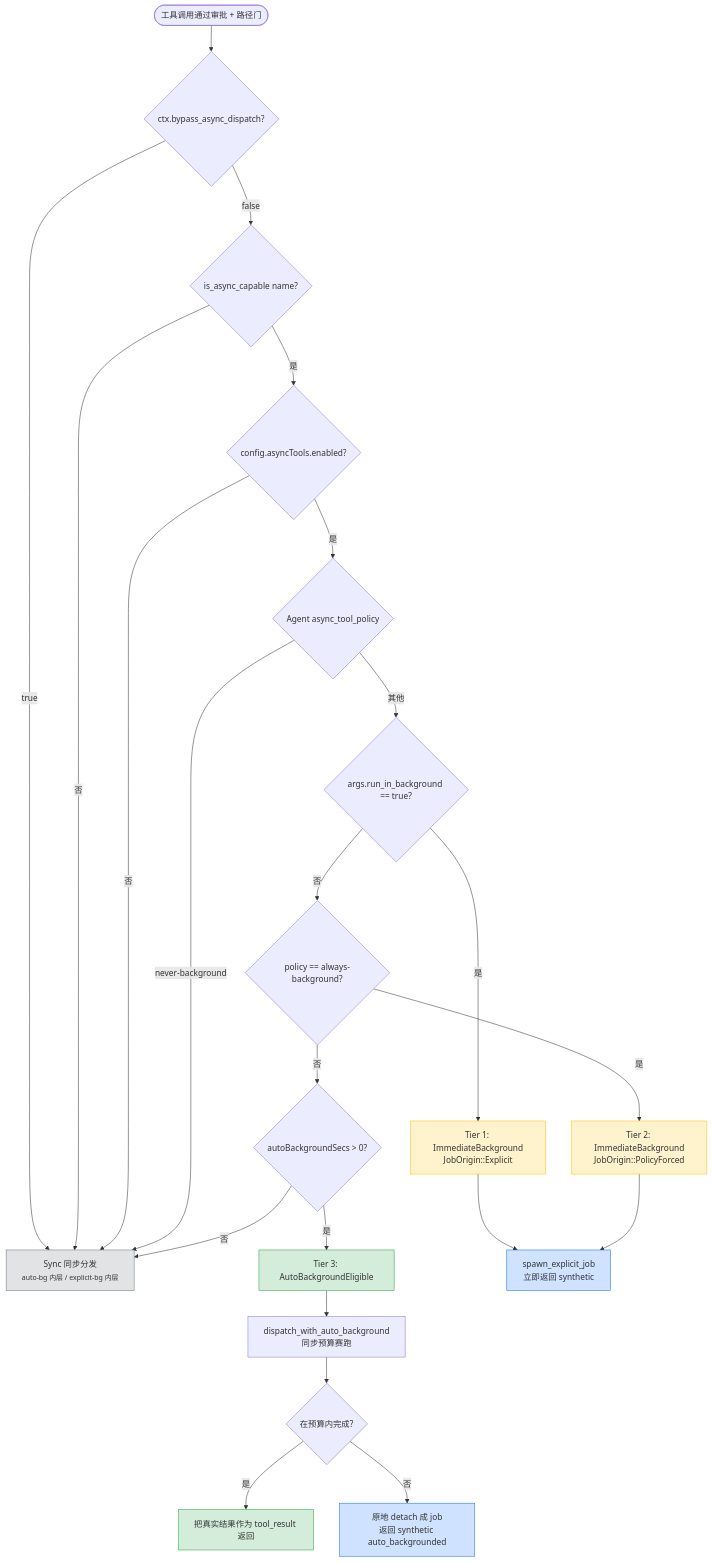
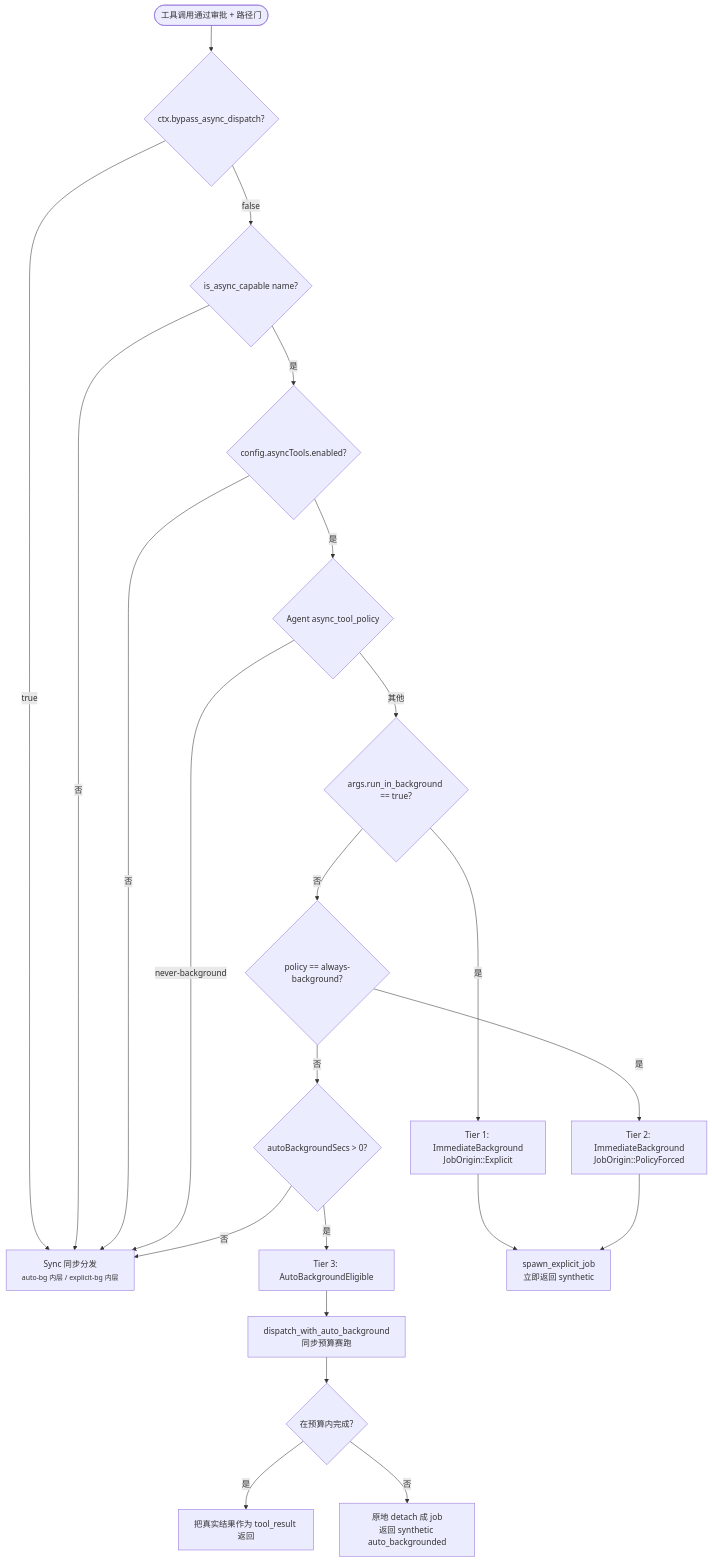
One commit to shiwenwen/hope-agent changed the fourth of 11 diagrams in docs/architecture/tool-system.md. Above: the diagram before and after it, drawn with Mermaid. The commit also changed other lines of this file and 13 other files, not shown here.

First line of the commit message:
docs: 移除 mermaid 图表中的自定义背景色填充

````diff
--- a/docs/architecture/tool-system.md
+++ b/docs/architecture/tool-system.md
@@ -383,34 +377,27 @@
 ```mermaid
 flowchart TD
     Start([工具调用通过审批 + 路径门]) --> CheckBypass{ctx.bypass_async_dispatch?}
     CheckBypass -- true --> SyncPath[Sync 同步分发<br/><small>auto-bg 内层 / explicit-bg 内层</small>]
     CheckBypass -- false --> CheckCap{is_async_capable name?}
     CheckCap -- 否 --> SyncPath
     CheckCap -- 是 --> CheckEnabled{config.asyncTools.enabled?}
     CheckEnabled -- 否 --> SyncPath
     CheckEnabled -- 是 --> CheckPolicy{Agent async_tool_policy}
     CheckPolicy -- never-background --> SyncPath
     CheckPolicy -- "其他" --> CheckExplicit{args.run_in_background == true?}
     CheckExplicit -- 是 --> Tier1[Tier 1: ImmediateBackground<br/>JobOrigin::Explicit]
     CheckExplicit -- 否 --> CheckAlways{policy == always-background?}
     CheckAlways -- 是 --> Tier2[Tier 2: ImmediateBackground<br/>JobOrigin::PolicyForced]
     CheckAlways -- 否 --> CheckBudget{autoBackgroundSecs > 0?}
     CheckBudget -- 否 --> SyncPath
     CheckBudget -- 是 --> Tier3[Tier 3: AutoBackgroundEligible]
 
     Tier1 --> ExplicitSpawn[spawn_explicit_job<br/>立即返回 synthetic]
     Tier2 --> ExplicitSpawn
     Tier3 --> AutoBgRun[dispatch_with_auto_background<br/>同步预算赛跑]
 
     AutoBgRun --> Race{在预算内完成?}
     Race -- 是 --> InlineResult[把真实结果作为 tool_result 返回]
     Race -- 否 --> AutoBgDetach[原地 detach 成 job<br/>返回 synthetic auto_backgrounded]
 
-    style Tier1 fill:#fff3cd,stroke:#ffc107
-    style Tier2 fill:#fff3cd,stroke:#ffc107
-    style Tier3 fill:#d4edda,stroke:#28a745
-    style ExplicitSpawn fill:#cfe2ff,stroke:#0d6efd
-    style AutoBgDetach fill:#cfe2ff,stroke:#0d6efd
-    style InlineResult fill:#d4edda,stroke:#28a745
-    style SyncPath fill:#e2e3e5,stroke:#6c757d
 ```
````
